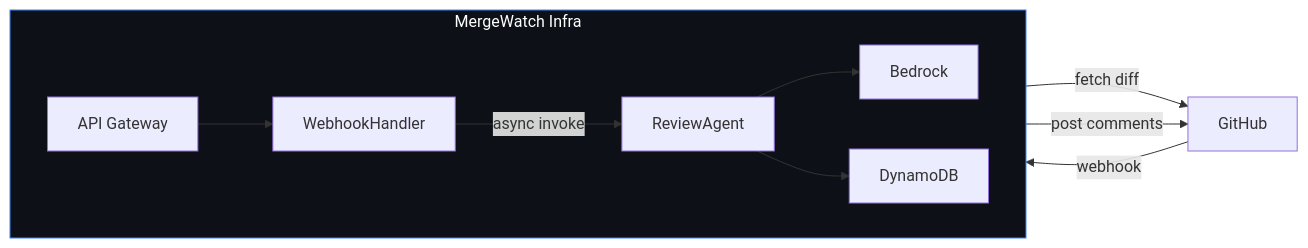
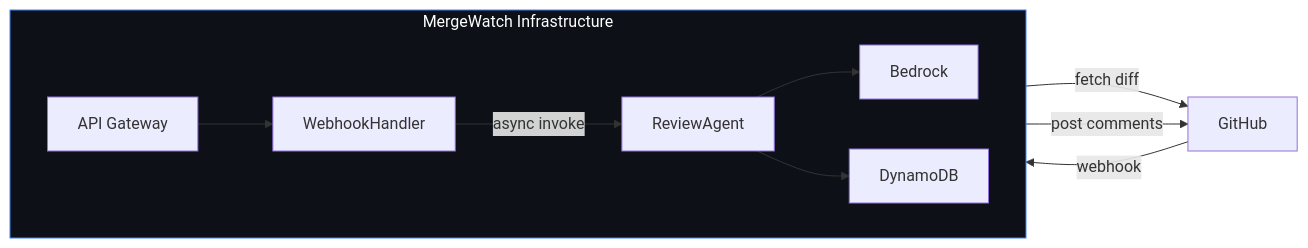
Before and after one commit to santthosh/documentation: the fourth of 4 diagrams in overview/how-it-works.mdx, drawn with Mermaid. The commit also changed other lines of this file and 33 other files, not shown here.

First line of the commit message:
Rewrite docs for two-mode architecture (self-hosted + SaaS)

````diff
--- a/overview/how-it-works.mdx
+++ b/overview/how-it-works.mdx
@@ -207,17 +245,17 @@
 ```mermaid
 flowchart LR
     GH["GitHub"] -->|webhook| AG
 
-    subgraph mw["MergeWatch Infra"]
+    subgraph mw["MergeWatch Infrastructure"]
         direction LR
         AG["API Gateway"] --> WH["WebhookHandler"]
         WH -->|async invoke| RA["ReviewAgent"]
         RA --> BR["Bedrock"]
         RA --> DB["DynamoDB"]
     end
 
     RA -->|fetch diff| GH
     RA -->|post comments| GH
 
     style mw fill:#0d1117,stroke:#3b82f6,color:#fff
 ```
````
